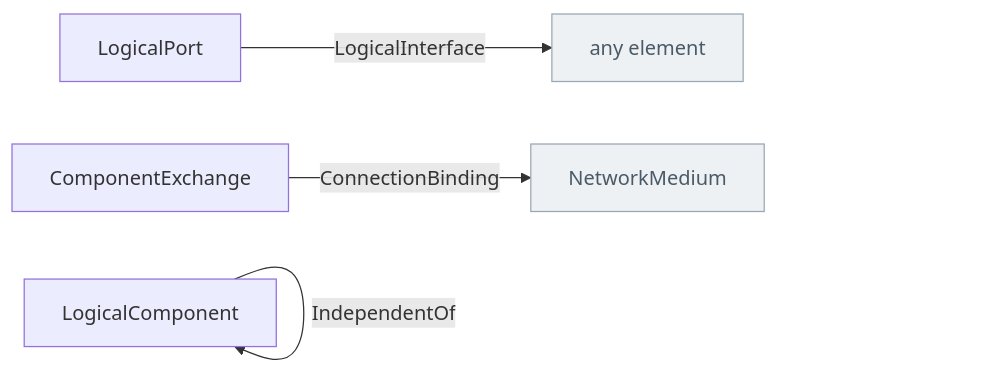
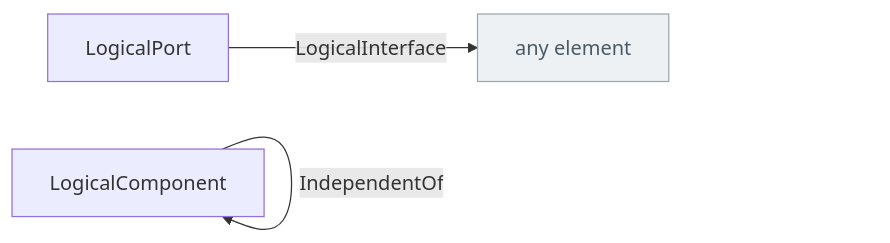
Before and after one commit to memoarchitect/memo: the diagram in docs/ontology/_generated/logical.md, drawn with Mermaid. The commit also changed other lines of this file and 30 other files, not shown here.

````diff
--- a/docs/ontology/_generated/logical.md
+++ b/docs/ontology/_generated/logical.md
@@ -34,13 +34,10 @@
 ```mermaid
 flowchart LR
   LogicalPort["LogicalPort"]
   anyElement["any element"]:::other
   LogicalComponent["LogicalComponent"]
-  ComponentExchange["ComponentExchange"]
-  NetworkMedium["NetworkMedium"]:::other
   LogicalPort -->|LogicalInterface| anyElement
   LogicalComponent -->|LogicalConnector| LogicalComponent
   LogicalComponent -->|IndependentOf| LogicalComponent
-  ComponentExchange -->|ConnectionBinding| NetworkMedium
   classDef other fill:#eef1f4,stroke:#9aa7b2,color:#4a5a66
 ```
````
